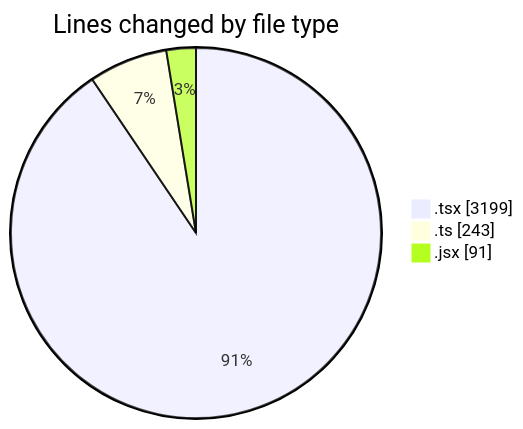
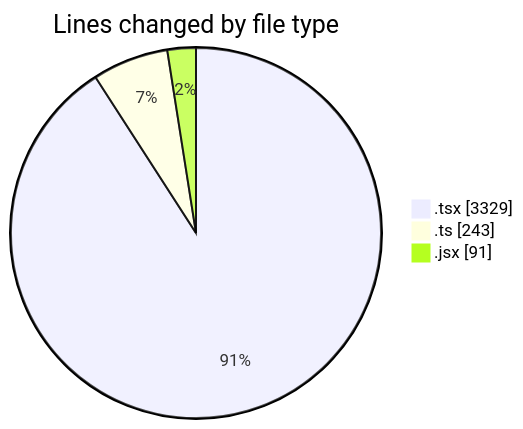
One commit to momahboobian/code-tracking changed the first of 2 diagrams in 2026-04-27/cda/README.md. Above: the diagram before and after it, drawn with Mermaid. The commit also changed other lines of this file and 1 other file, not shown here.

````diff
--- a/2026-04-27/cda/README.md
+++ b/2026-04-27/cda/README.md
@@ -31,7 +31,7 @@
 ```mermaid
 pie showData
 title Lines changed by file type
-".tsx" : 3199
+".tsx" : 3329
 ".ts" : 243
 ".jsx" : 91
 ```
````
